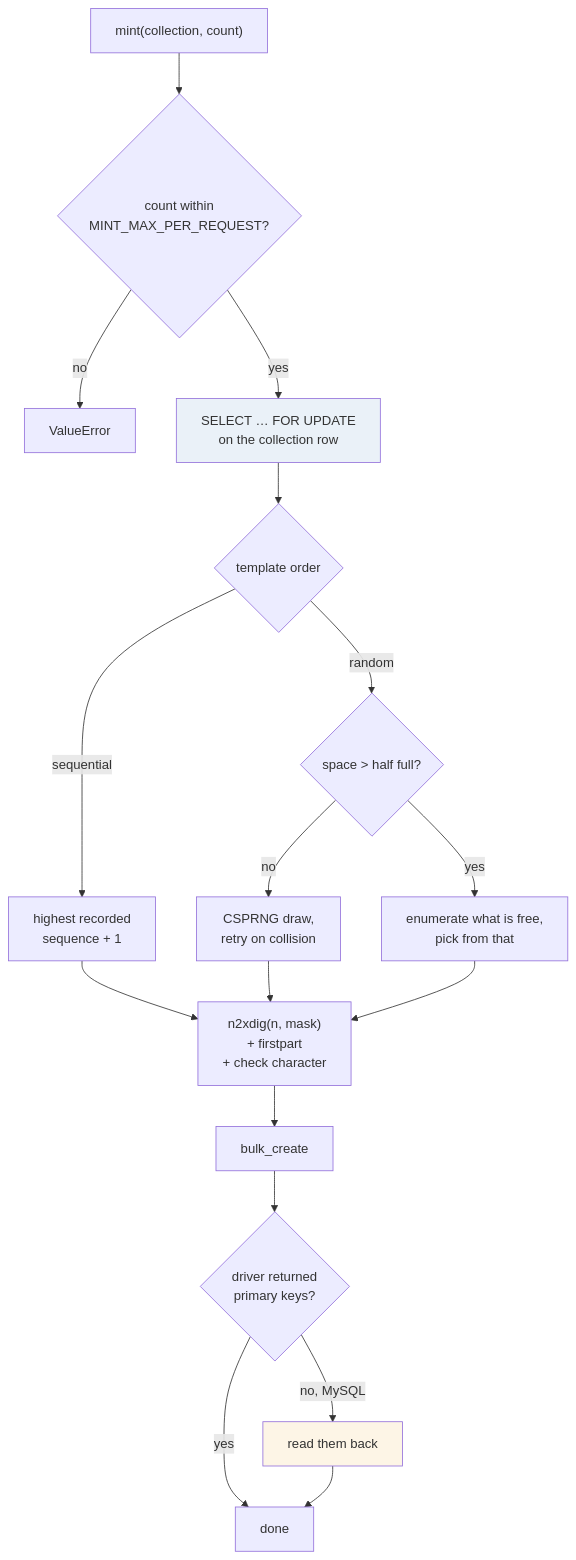
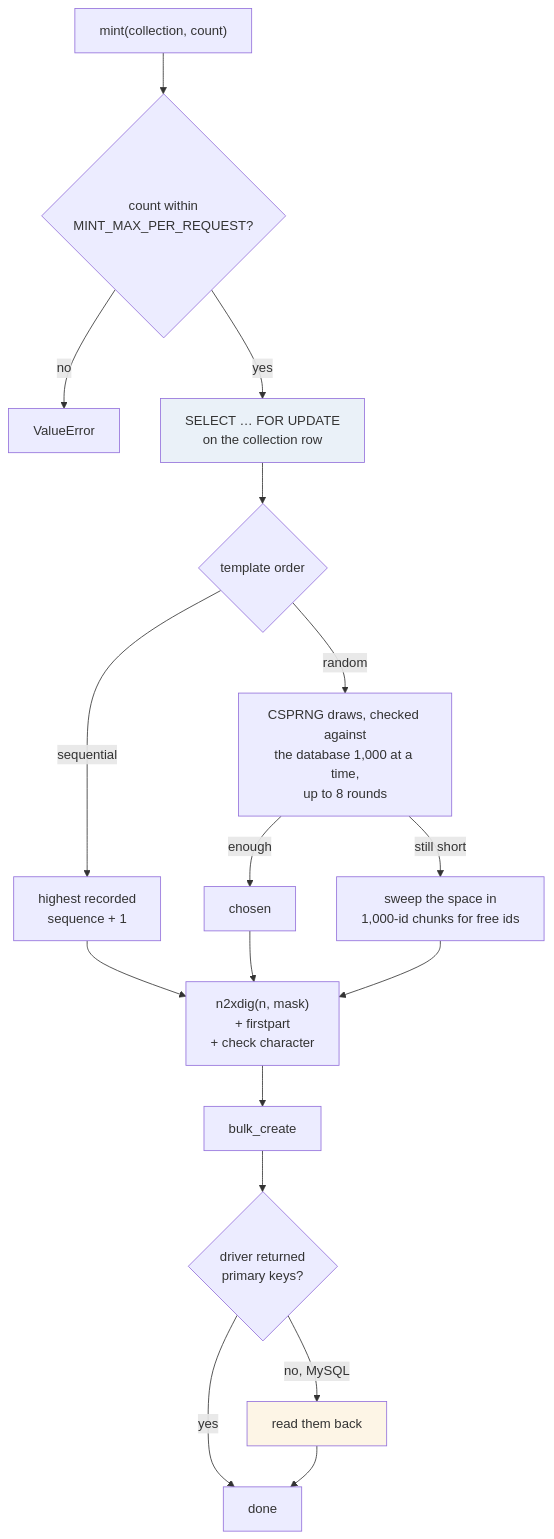
One commit to digitalutsc/arks-service changed the ninth of 11 diagrams in docs/README_EXTENDED.md. Above: the diagram before and after it, drawn with Mermaid. The commit also changed other lines of this file and 8 other files, not shown here.

````diff
--- a/docs/README_EXTENDED.md
+++ b/docs/README_EXTENDED.md
@@ -340,22 +376,22 @@
 ```mermaid
 flowchart TD
     A["mint(collection, count)"] --> B{"count within<br/>MINT_MAX_PER_REQUEST?"}
     B -->|no| X["ValueError"]
     B -->|yes| C["SELECT … FOR UPDATE<br/>on the collection row"]
     C --> D{"template order"}
     D -->|sequential| E["highest recorded<br/>sequence + 1"]
-    D -->|random| F{"space > half full?"}
-    F -->|no| G["CSPRNG draw,<br/>retry on collision"]
-    F -->|yes| H["enumerate what is free,<br/>pick from that"]
+    D -->|random| F["CSPRNG draws, checked against<br/>the database 1,000 at a time,<br/>up to 8 rounds"]
+    F -->|still short| H["sweep the space in<br/>1,000-id chunks for free ids"]
+    F -->|enough| G["chosen"]
     E --> I["n2xdig(n, mask)<br/>+ firstpart<br/>+ check character"]
     G --> I
     H --> I
     I --> J["bulk_create"]
     J --> K{"driver returned<br/>primary keys?"}
     K -->|no, MySQL| L["read them back"]
     K -->|yes| M["done"]
     L --> M
 
     style C fill:#eaf1f8
     style L fill:#fdf5e6
 ```
````
